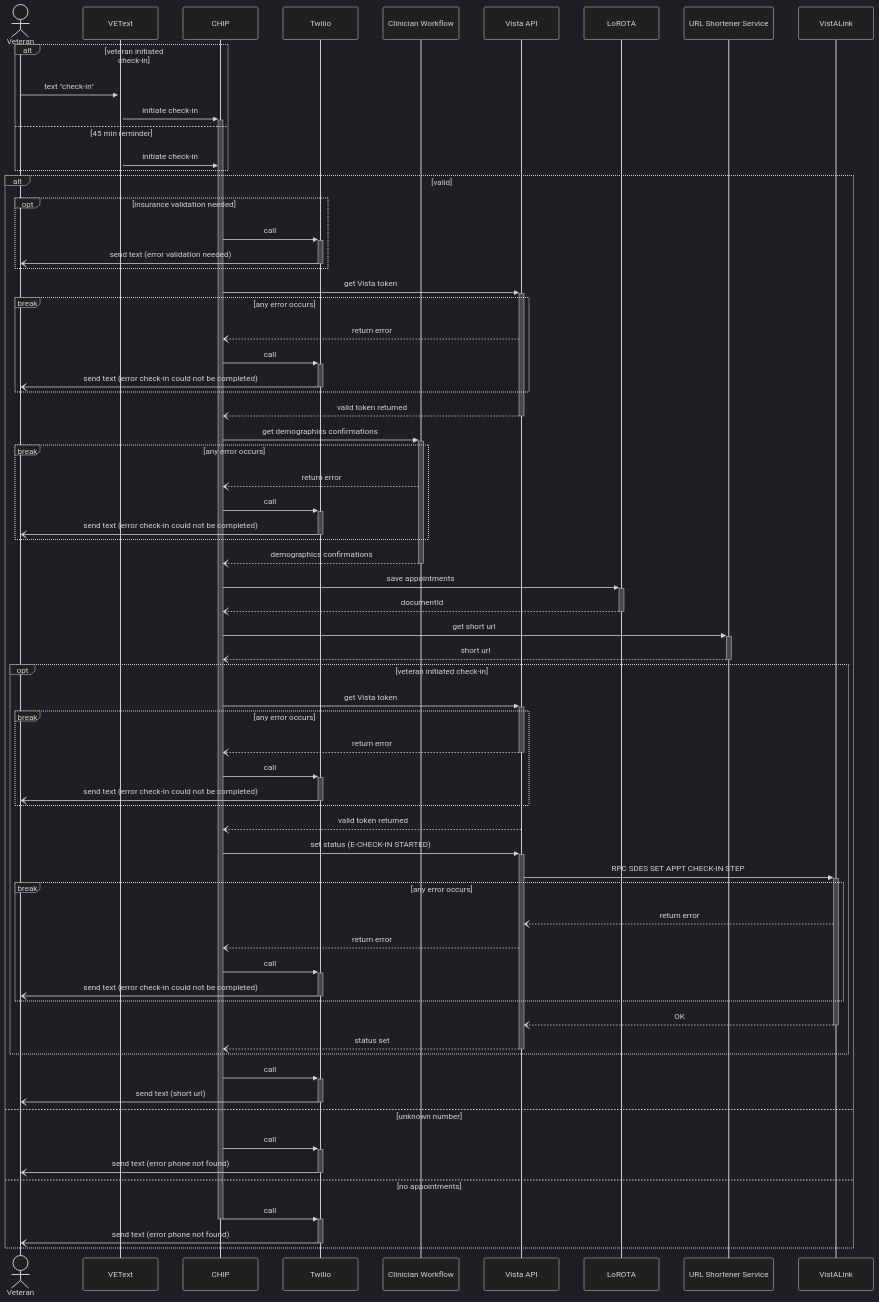
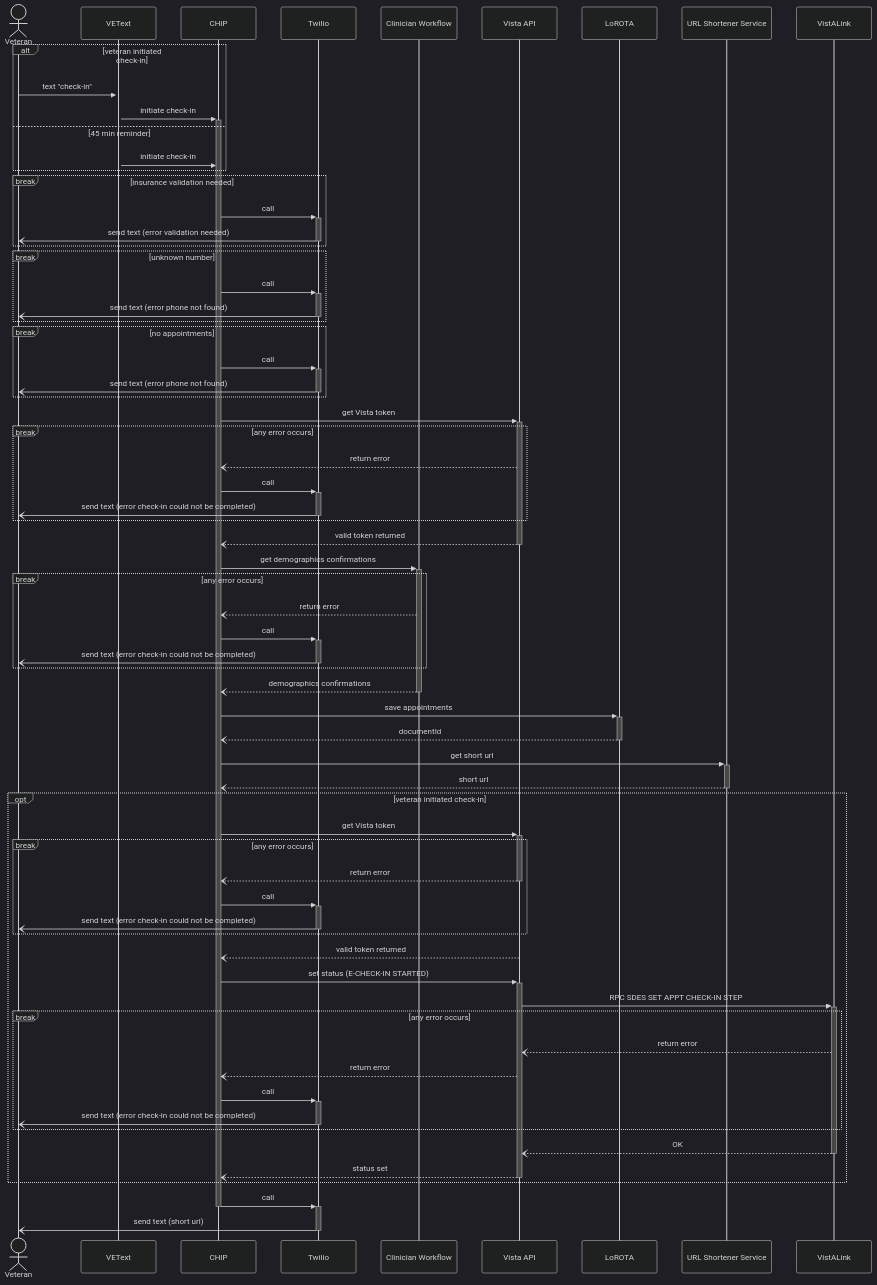
Before and after one commit to department-of-veterans-affairs/va.gov-team: the second of 6 diagrams in products/health-care/checkin/engineering/architecture-diagrams/sequenceDiagram_checkInExp.md, drawn with Mermaid (dark theme).

````diff
--- a/products/health-care/checkin/engineering/architecture-diagrams/sequenceDiagram_checkInExp.md
+++ b/products/health-care/checkin/engineering/architecture-diagrams/sequenceDiagram_checkInExp.md
@@ -149,71 +149,72 @@
     vt->>c: initiate check-in
   end
 
-  alt valid
-    opt insurance validation needed
-      c->>+t: call
-      t-)-vet: send text (error validation needed)
-    end
+  break insurance validation needed
+    c->>+t: call
+    t-)-vet: send text (error validation needed)
+  end
 
+  break unknown number
+    c->>+t: call
+    t-)-vet: send text (error phone not found)
+  end
+
+  break no appointments
+    c->>+t: call
+    t-)-vet: send text (error phone not found)
+  end
+
+  c->>+va: get Vista token
+
+  break any error occurs
+    va--)c: return error
+    c->>+t: call
+    t-)-vet: send text (error check-in could not be completed)
+  end
+
+  va--)-c: valid token returned
+
+  c->>+cw: get demographics confirmations
+
+  break any error occurs
+    cw--)c: return error
+    c->>+t: call
+    t-)-vet: send text (error check-in could not be completed)
+  end
+
+  cw--)-c: demographics confirmations
+
+  c->>+l: save appointments
+  l--)-c: documentId
+
+  c->>+url: get short url
+  url--)-c: short url
+
+  opt veteran initiated check-in
     c->>+va: get Vista token
 
     break any error occurs
+      va--)-c: return error
+      c->>+t: call
+      t-)-vet: send text (error check-in could not be completed)
+    end
+
+    va--)c: valid token returned
+    c->>+va: set status (E-CHECK-IN STARTED)
+    va->>+val: RPC SDES SET APPT CHECK-IN STEP
+
+    break any error occurs
+      val--)va: return error
       va--)c: return error
       c->>+t: call
       t-)-vet: send text (error check-in could not be completed)
     end
 
-    va--)-c: valid token returned
+    val--)-va: OK
+    va--)-c: status set
+  end
 
-    c->>+cw: get demographics confirmations
-
-    break any error occurs
-      cw--)c: return error
-      c->>+t: call
-      t-)-vet: send text (error check-in could not be completed)
-    end
-
-    cw--)-c: demographics confirmations
-
-    c->>+l: save appointments
-    l--)-c: documentId
-
-    c->>+url: get short url
-    url--)-c: short url
-
-    opt veteran initiated check-in
-      c->>+va: get Vista token
-
-      break any error occurs
-        va--)-c: return error
-        c->>+t: call
-        t-)-vet: send text (error check-in could not be completed)
-      end
-
-      va--)c: valid token returned
-      c->>+va: set status (E-CHECK-IN STARTED)
-      va->>+val: RPC SDES SET APPT CHECK-IN STEP
-
-      break any error occurs
-        val--)va: return error
-        va--)c: return error
-        c->>+t: call
-        t-)-vet: send text (error check-in could not be completed)
-      end
-
-      val--)-va: OK
-      va--)-c: status set
-    end
-
-    c->>+t: call
-    t-)-vet: send text (short url)
-
-  else unknown number
-    c->>+t: call
-    t-)-vet: send text (error phone not found)
-  else no appointments
-    c->>+t: call
-    deactivate c
-    t-)-vet: send text (error phone not found)
-  end
+  c->>+t: call
+  deactivate c
+  t-)-vet: send text (short url)
 ```
````
